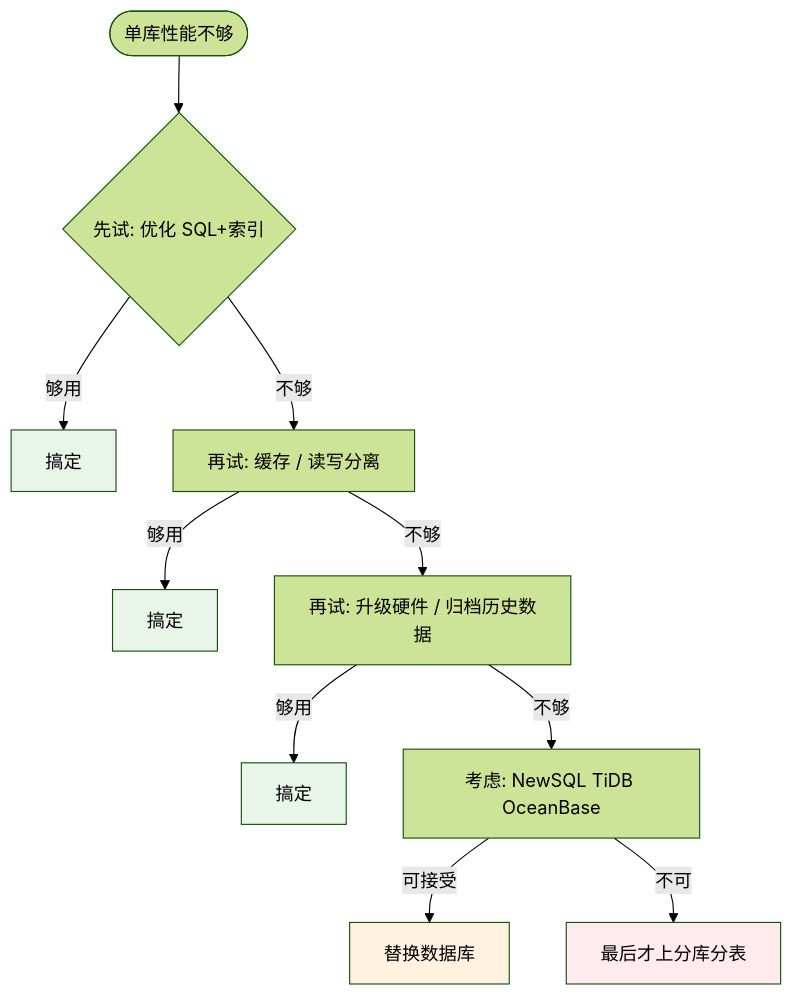
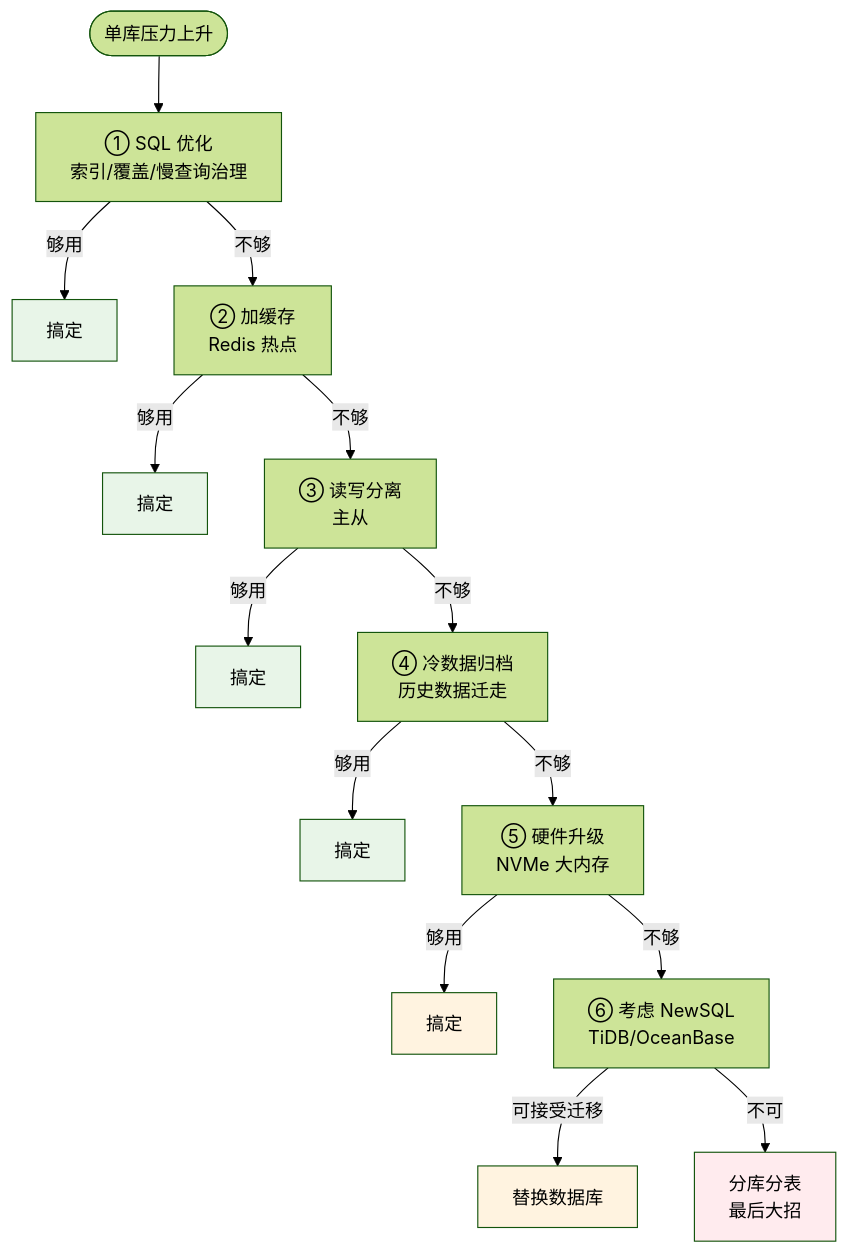
The second of 10 diagrams in docs/10.真经/05.方案设计思想/06.分库分表方案设计.md (chongyang211/YCBookBlog), drawn with Mermaid (forest theme) before and after one commit. The commit also changed other lines of this file and 36 other files, not shown here.

````diff
--- a/docs/10.真经/05.方案设计思想/06.分库分表方案设计.md
+++ b/docs/10.真经/05.方案设计思想/06.分库分表方案设计.md
@@ -224,18 +239,24 @@
 ```mermaid
 flowchart TD
-    Start([单库性能不够]) --> Q1{先试: 优化 SQL+索引}
-    Q1 -->|够用| Done1[搞定]
-    Q1 -->|不够| Q2[再试: 缓存 / 读写分离]
-    Q2 -->|够用| Done2[搞定]
-    Q2 -->|不够| Q3[再试: 升级硬件 / 归档历史数据]
-    Q3 -->|够用| Done3[搞定]
-    Q3 -->|不够| Q4[考虑: NewSQL TiDB OceanBase]
-    Q4 -->|可接受| Done4[替换数据库]
-    Q4 -->|不可| Final[最后才上分库分表]
+    Start([单库压力上升]) --> S1[① SQL 优化<br/>索引/覆盖/慢查询治理]
+    S1 -->|够用| Done1[搞定]
+    S1 -->|不够| S2[② 加缓存<br/>Redis 热点]
+    S2 -->|够用| Done2[搞定]
+    S2 -->|不够| S3[③ 读写分离<br/>主从]
+    S3 -->|够用| Done3[搞定]
+    S3 -->|不够| S4[④ 冷数据归档<br/>历史数据迁走]
+    S4 -->|够用| Done4[搞定]
+    S4 -->|不够| S5[⑤ 硬件升级<br/>NVMe 大内存]
+    S5 -->|够用| Done5[搞定]
+    S5 -->|不够| S6[⑥ 考虑 NewSQL<br/>TiDB/OceanBase]
+    S6 -->|可接受迁移| Done6[替换数据库]
+    S6 -->|不可| Final[分库分表<br/>最后大招]
     
     style Done1 fill:#e8f5e8
     style Done2 fill:#e8f5e8
     style Done3 fill:#e8f5e8
-    style Done4 fill:#fff3e0
+    style Done4 fill:#e8f5e8
+    style Done5 fill:#fff3e0
+    style Done6 fill:#fff3e0
     style Final fill:#ffebee
 ```
````
